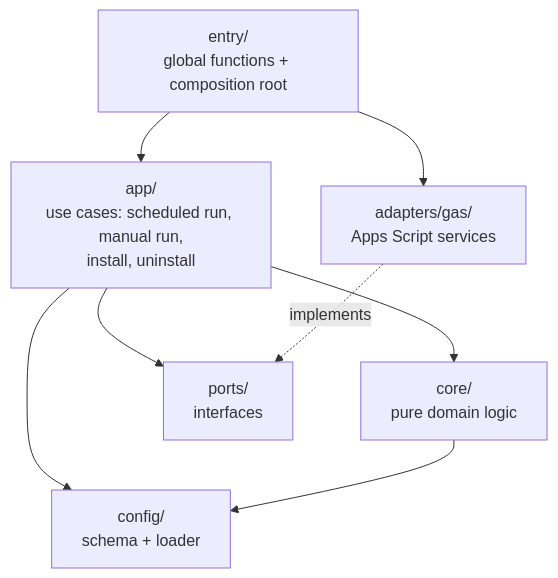
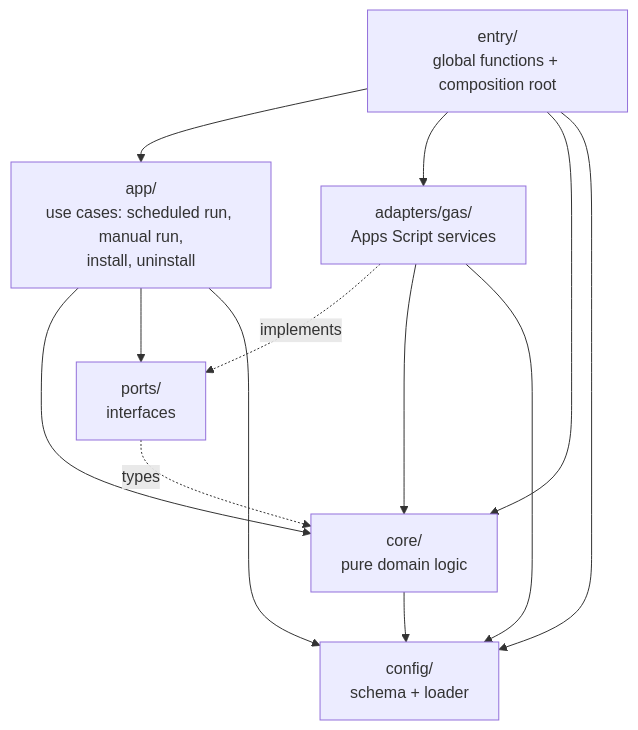
The second of 5 diagrams in output/solution-design.md (kellystuard/jev-gmail-classifier), drawn with Mermaid before and after one commit. The commit also changed other lines of this file and 5 other files, not shown here.

````diff
--- a/output/solution-design.md
+++ b/output/solution-design.md
@@ -92,17 +92,22 @@
 ```mermaid
 flowchart TB
   entry["entry/<br/>global functions + composition root"]
   app["app/<br/>use cases: scheduled run, manual run,<br/>install, uninstall"]
   core["core/<br/>pure domain logic"]
   ports["ports/<br/>interfaces"]
   adapters["adapters/gas/<br/>Apps Script services"]
   config["config/<br/>schema + loader"]
 
   entry --> app
   entry --> adapters
   app --> core
   app --> ports
   app --> config
   adapters -. implements .-> ports
+  adapters --> core
+  adapters --> config
+  entry --> core
+  entry --> config
+  ports -. types .-> core
   core --> config
 ```
````
